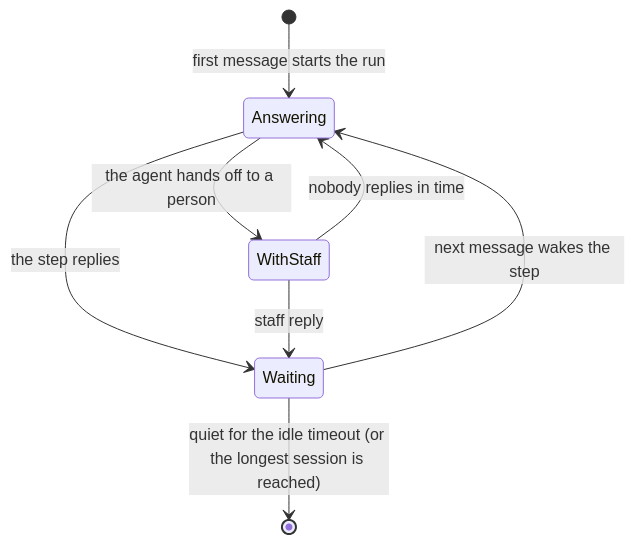
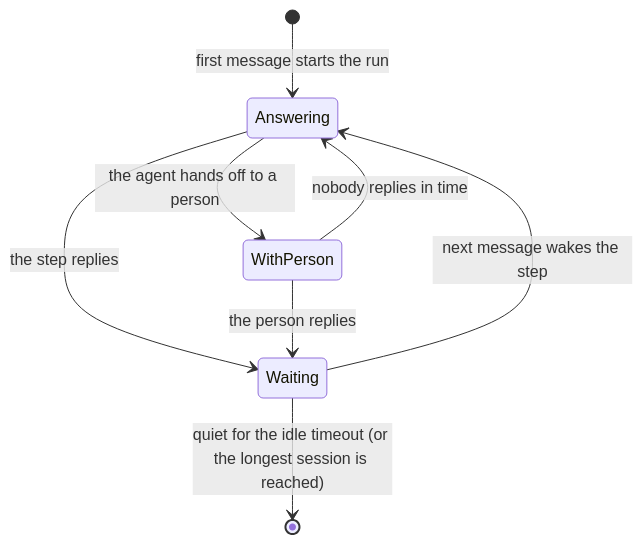
The diagram in workflows/conversation-sessions.mdx (agentruntime-io/agentruntime-docs), drawn with Mermaid before and after one commit. The commit also changed other lines of this file and 2 other files, not shown here.

````diff
--- a/workflows/conversation-sessions.mdx
+++ b/workflows/conversation-sessions.mdx
@@ -23,10 +23,10 @@
 ```mermaid
 stateDiagram-v2
     [*] --> Answering: first message starts the run
     Answering --> Waiting: the step replies
     Waiting --> Answering: next message wakes the step
-    Answering --> WithStaff: the agent hands off to a person
-    WithStaff --> Waiting: staff reply
-    WithStaff --> Answering: nobody replies in time
+    Answering --> WithPerson: the agent hands off to a person
+    WithPerson --> Waiting: the person replies
+    WithPerson --> Answering: nobody replies in time
     Waiting --> [*]: quiet for the idle timeout (or the longest session is reached)
 ```
````
